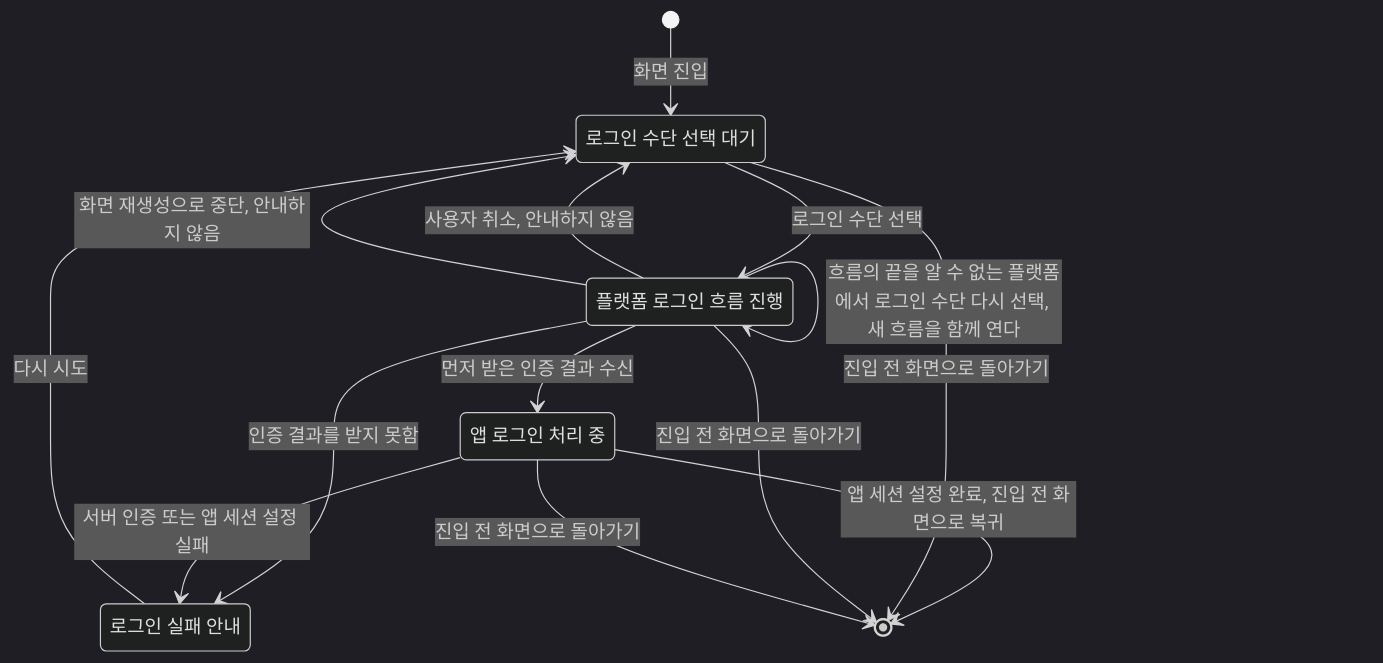
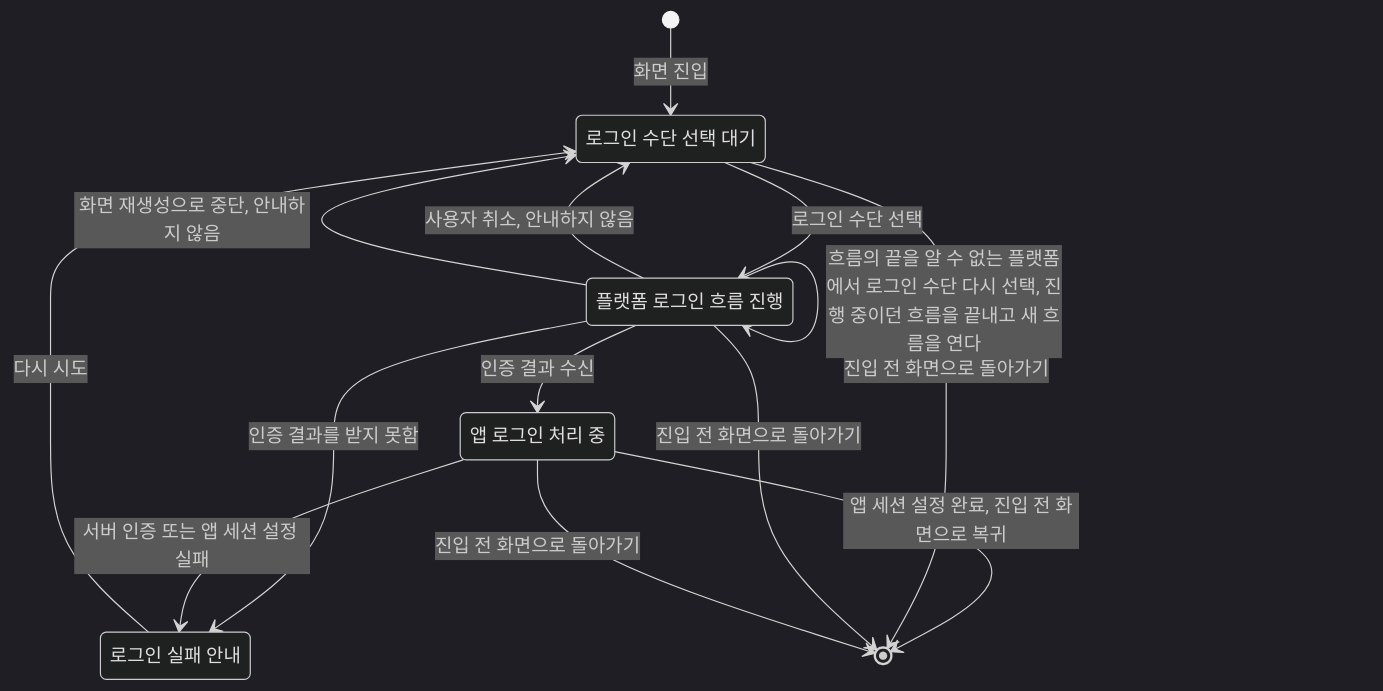
Before and after one commit to taetae98coding/DiaryKMP: the diagram in docs/spec/client/login.md, drawn with Mermaid (dark theme). The commit also changed other lines of this file and 589 other files, not shown here.

````diff
--- a/docs/spec/client/login.md
+++ b/docs/spec/client/login.md
@@ -9,20 +9,20 @@
 ```mermaid
 stateDiagram-v2
     Idle: 로그인 수단 선택 대기
     Platform: 플랫폼 로그인 흐름 진행
     Processing: 앱 로그인 처리 중
     Failed: 로그인 실패 안내
     [*] --> Idle: 화면 진입
     Idle --> Platform: 로그인 수단 선택
-    Platform --> Platform: 흐름의 끝을 알 수 없는 플랫폼에서 로그인 수단 다시 선택, 새 흐름을 함께 연다
-    Platform --> Processing: 먼저 받은 인증 결과 수신
+    Platform --> Platform: 흐름의 끝을 알 수 없는 플랫폼에서 로그인 수단 다시 선택, 진행 중이던 흐름을 끝내고 새 흐름을 연다
+    Platform --> Processing: 인증 결과 수신
     Platform --> Idle: 사용자 취소, 안내하지 않음
     Platform --> Idle: 화면 재생성으로 중단, 안내하지 않음
     Platform --> Failed: 인증 결과를 받지 못함
     Processing --> Failed: 서버 인증 또는 앱 세션 설정 실패
     Processing --> [*]: 앱 세션 설정 완료, 진입 전 화면으로 복귀
     Failed --> Idle: 다시 시도
     Idle --> [*]: 진입 전 화면으로 돌아가기
     Platform --> [*]: 진입 전 화면으로 돌아가기
     Processing --> [*]: 진입 전 화면으로 돌아가기
 ```
````
